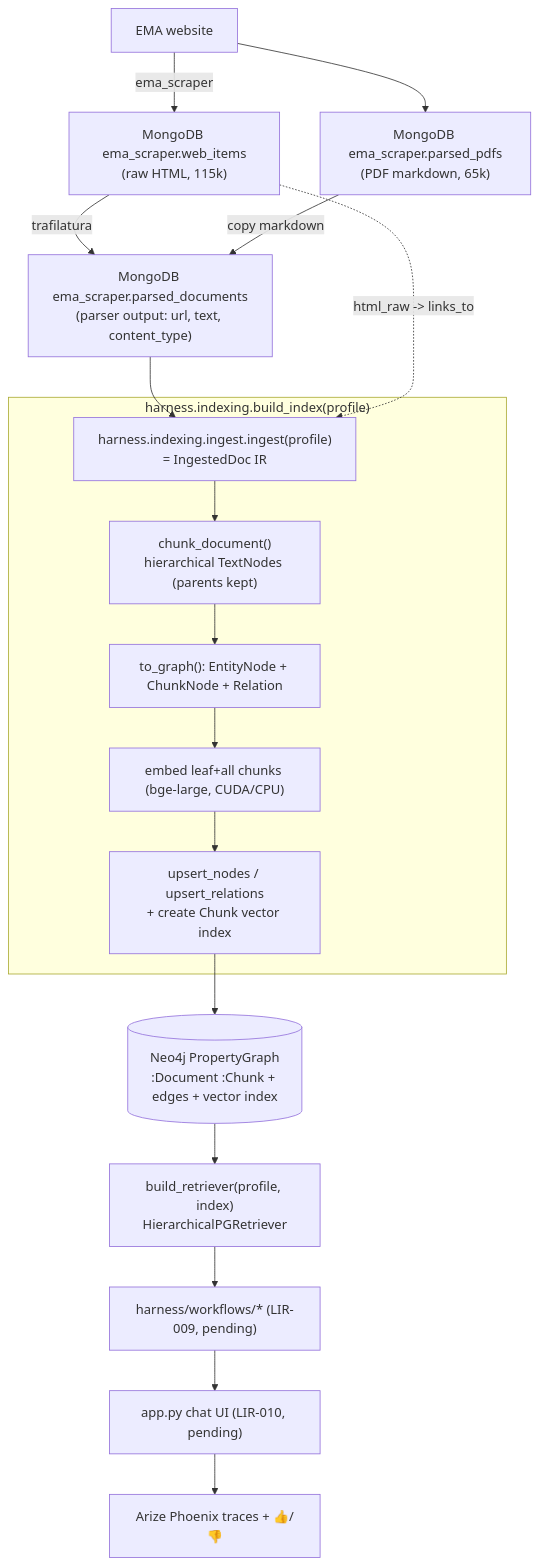
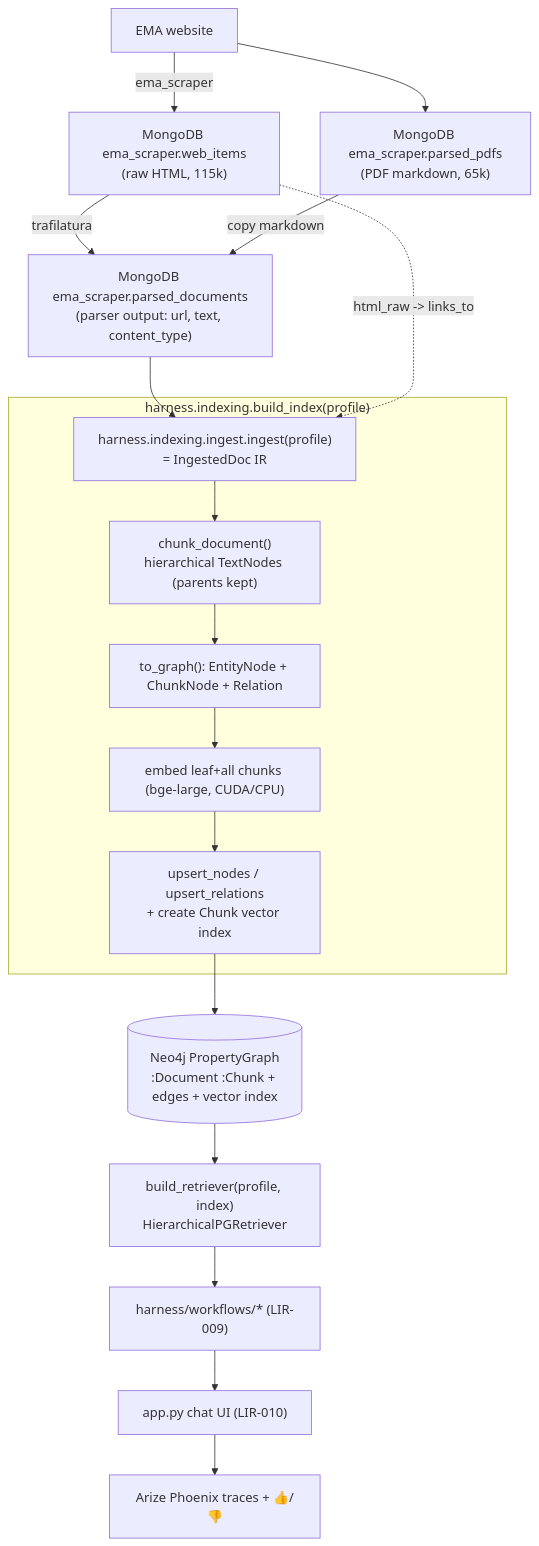
One commit to MoritzImendoerffer/ema_nlp changed the first of 3 diagrams in docs/RETRIEVAL.md. Above: the diagram before and after it, drawn with Mermaid. The commit also changed other lines of this file and 18 other files, not shown here.

````diff
--- a/docs/RETRIEVAL.md
+++ b/docs/RETRIEVAL.md
@@ -44,24 +44,24 @@
 ```mermaid
 flowchart TD
     EMA[EMA website] -->|ema_scraper| WI["MongoDB ema_scraper.web_items<br/>(raw HTML, 115k)"]
     EMA --> PP["MongoDB ema_scraper.parsed_pdfs<br/>(PDF markdown, 65k)"]
 
     WI -->|trafilatura| PD["MongoDB ema_scraper.parsed_documents<br/>(parser output: url, text, content_type)"]
     PP -->|copy markdown| PD
 
     PD --> ING["harness.indexing.ingest.ingest(profile)<br/>= IngestedDoc IR"]
     WI -. "html_raw -> links_to" .-> ING
 
     subgraph BUILD["harness.indexing.build_index(profile)"]
       ING --> CH["chunk_document()<br/>hierarchical TextNodes (parents kept)"]
       CH --> TG["to_graph(): EntityNode + ChunkNode + Relation"]
       TG --> EMB["embed leaf+all chunks (bge-large, CUDA/CPU)"]
       EMB --> UP["upsert_nodes / upsert_relations<br/>+ create Chunk vector index"]
     end
 
     UP --> NEO[("Neo4j PropertyGraph<br/>:Document :Chunk + edges + vector index")]
     NEO --> RET["build_retriever(profile, index)<br/>HierarchicalPGRetriever"]
-    RET --> WF["harness/workflows/* (LIR-009, pending)"]
-    WF --> APP["app.py chat UI (LIR-010, pending)"]
+    RET --> WF["harness/workflows/* (LIR-009)"]
+    WF --> APP["app.py chat UI (LIR-010)"]
     APP --> PHX[Arize Phoenix traces + 👍/👎]
 ```
````
